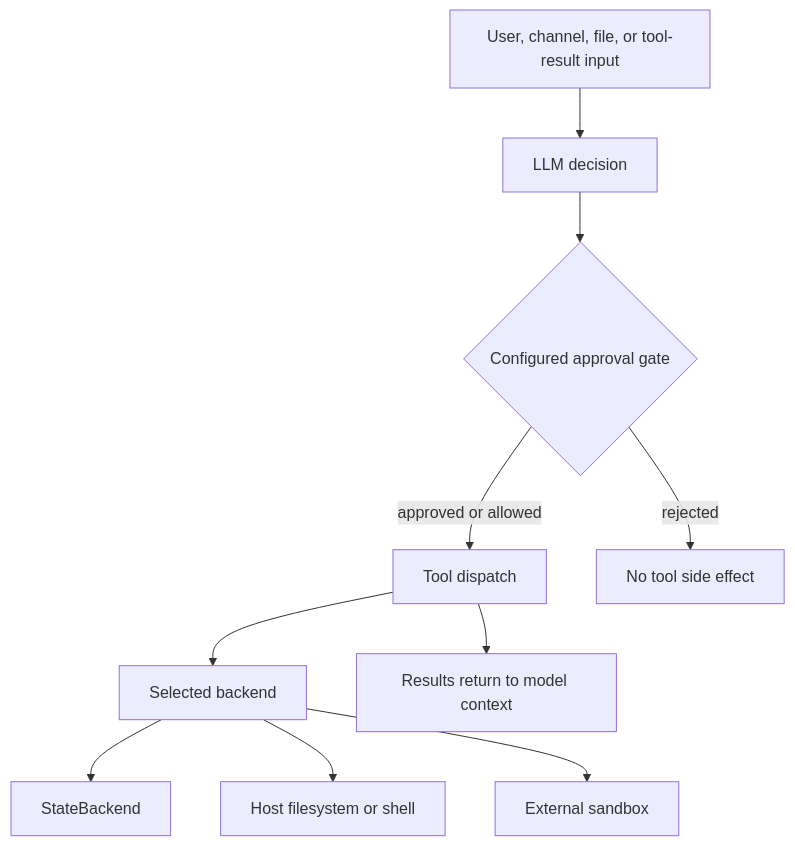
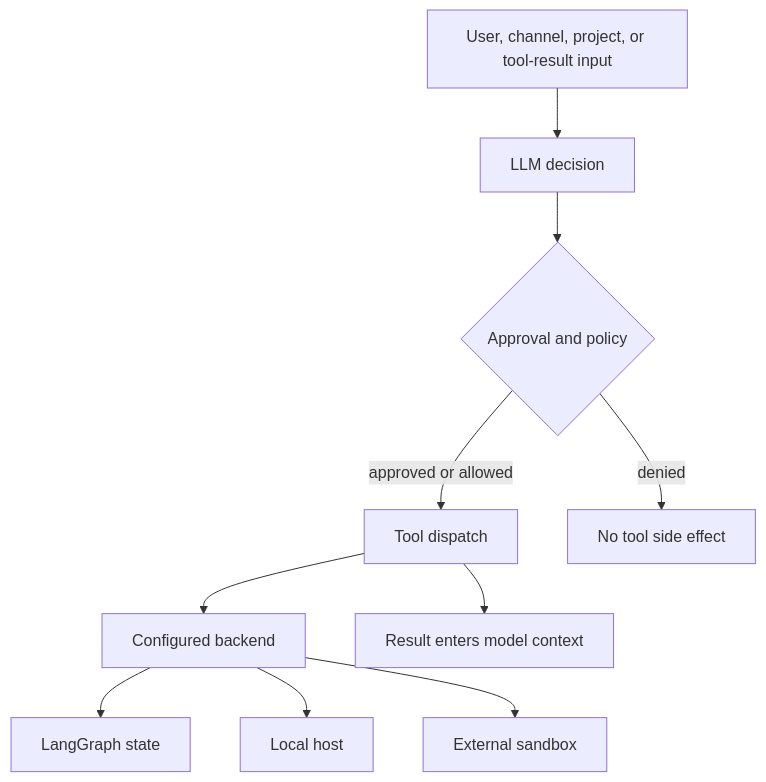
Before and after one commit to jkennedyvz/deepagents: the diagram in openwiki/operations/security.md, drawn with Mermaid. The commit also changed other lines of this file and 63 other files, not shown here.

````diff
--- a/openwiki/operations/security.md
+++ b/openwiki/operations/security.md
@@ -35,12 +49,12 @@
 ```mermaid
 flowchart TD
-    Input["User, channel, file, or tool-result input"] --> Model["LLM decision"]
-    Model --> Gate{"Configured approval gate"}
-    Gate -->|approved or allowed| Tools["Tool dispatch"]
-    Gate -->|rejected| Stop["No tool side effect"]
-    Tools --> Backend["Selected backend"]
-    Backend --> State["StateBackend"]
-    Backend --> Host["Host filesystem or shell"]
+    Input["User, channel, project, or tool-result input"] --> Model["LLM decision"]
+    Model --> Gate{"Approval and policy"}
+    Gate -->|approved or allowed| Tool["Tool dispatch"]
+    Gate -->|denied| Stop["No tool side effect"]
+    Tool --> Backend["Configured backend"]
+    Backend --> State["LangGraph state"]
+    Backend --> Host["Local host"]
     Backend --> Sandbox["External sandbox"]
-    Tools --> Context["Results return to model context"]
+    Tool --> Context["Result enters model context"]
 ```
````
